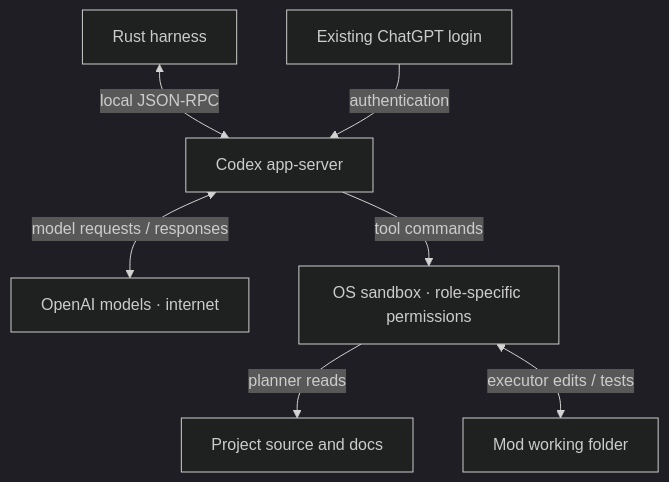
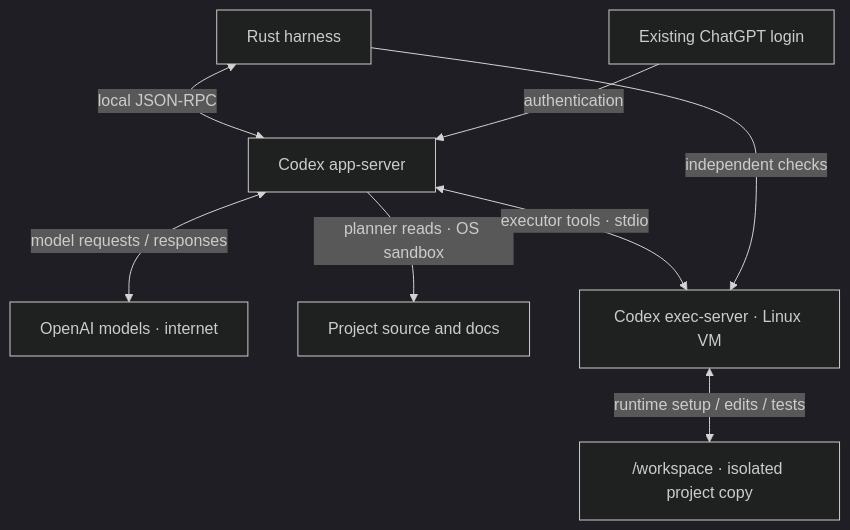
One commit to minimumeffort-dev/sprowt.harness changed the diagram in docs/workers.md. Above: the diagram before and after it, drawn with Mermaid (dark theme). The commit also changed other lines of this file and 22 other files, not shown here.

````diff
--- a/docs/workers.md
+++ b/docs/workers.md
@@ -5,9 +5,10 @@
 ```mermaid
 flowchart TB
     harness["Rust harness"] <-->|"local JSON-RPC"| codex["Codex app-server"]
     login["Existing ChatGPT login"] -->|"authentication"| codex
     codex <-->|"model requests / responses"| models["OpenAI models · internet"]
-    codex -->|"tool commands"| sandbox["OS sandbox · role-specific permissions"]
-    sandbox -->|"planner reads"| project["Project source and docs"]
-    sandbox <-->|"executor edits / tests"| work["Mod working folder"]
+    codex -->|"planner reads · OS sandbox"| project["Project source and docs"]
+    codex <-->|"executor tools · stdio"| guest["Codex exec-server · Linux VM"]
+    harness -->|"independent checks"| guest
+    guest <-->|"runtime setup / edits / tests"| work["/workspace · isolated project copy"]
 ```
````
